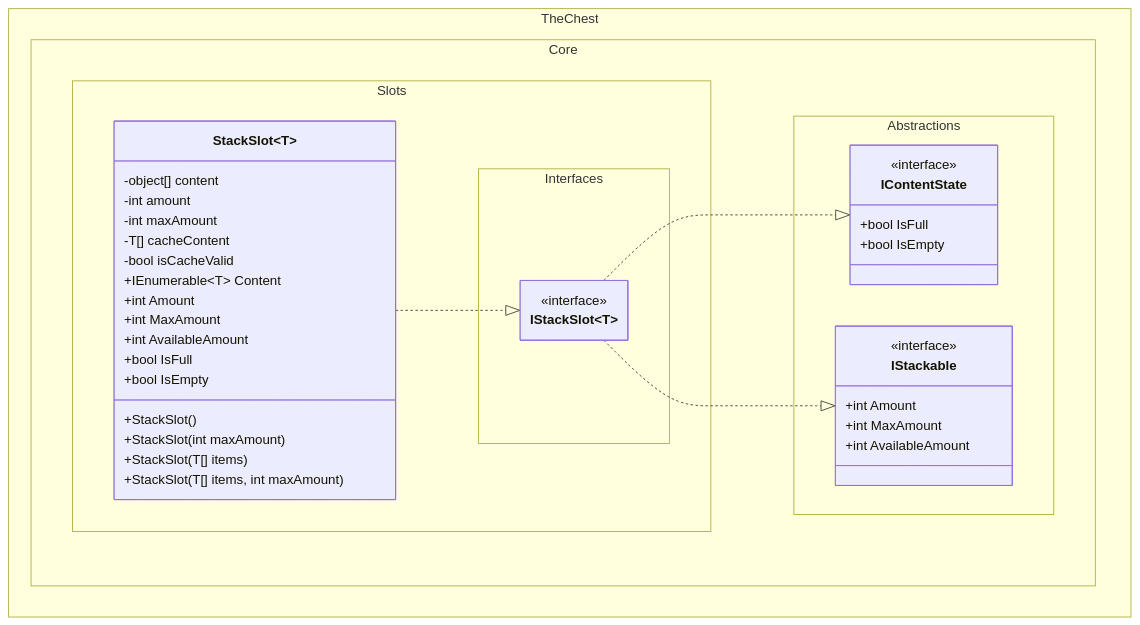
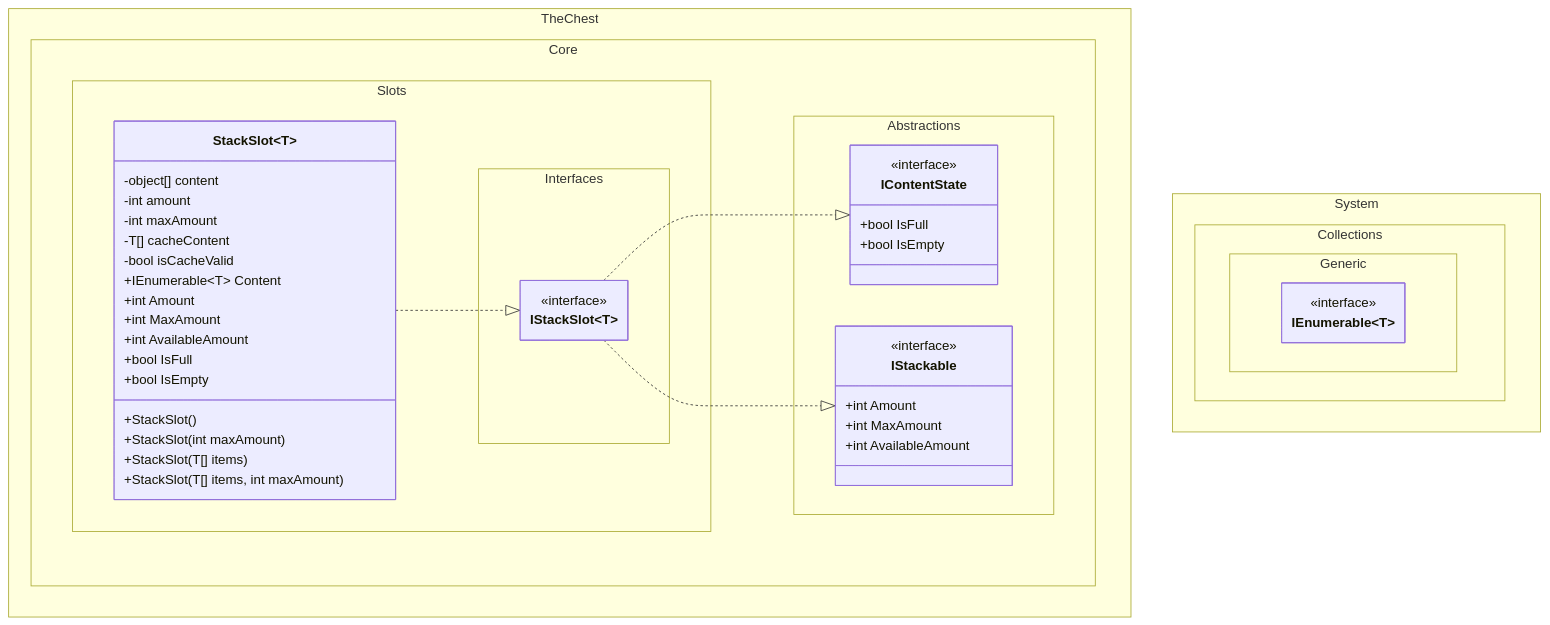
The fifth of 5 diagrams in docs/class_diagram.md (The-Chest/TheChest.Core), drawn with Mermaid before and after one commit. The commit also changed other lines of this file and 5 other files, not shown here.

````diff
--- a/docs/class_diagram.md
+++ b/docs/class_diagram.md
@@ -205,51 +219,56 @@
 ```mermaid
 ---
 config:
   theme: mc
   look: classic
   class:
     hideEmptyMembersBox: true
 ---
 classDiagram
 direction BT
     namespace TheChest.Core.Abstractions {
         class IContentState {
             <<interface>>
             +bool IsFull
             +bool IsEmpty
         }
         class IStackable {
             <<interface>>
             +int Amount
             +int MaxAmount
             +int AvailableAmount
         }
     }
     namespace TheChest.Core.Slots.Interfaces {
         class IStackSlot~T~ {
             <<interface>>
         }
     }
+    namespace System.Collections.Generic {
+        class IEnumerable~T~ {
+            <<interface>>
+        }
+    }
     namespace TheChest.Core.Slots {
         class StackSlot~T~ {
             -object[] content
             -int amount
             -int maxAmount
             -T[] cacheContent
             -bool isCacheValid
             +IEnumerable~T~ Content
             +int Amount
             +int MaxAmount
             +int AvailableAmount
             +bool IsFull
             +bool IsEmpty
             +StackSlot()
             +StackSlot(int maxAmount)
             +StackSlot(T[] items)
             +StackSlot(T[] items, int maxAmount)
         }
     }
     IStackSlot~T~ ..|> IContentState
     IStackSlot~T~ ..|> IStackable
     StackSlot~T~ ..|> IStackSlot~T~
 ```
````
